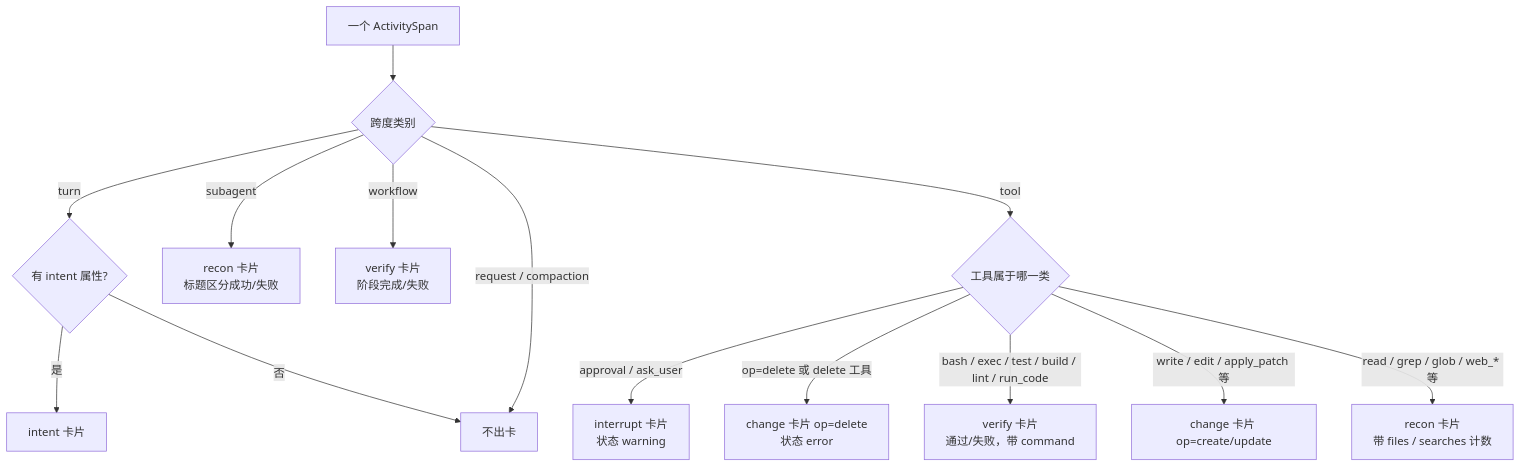
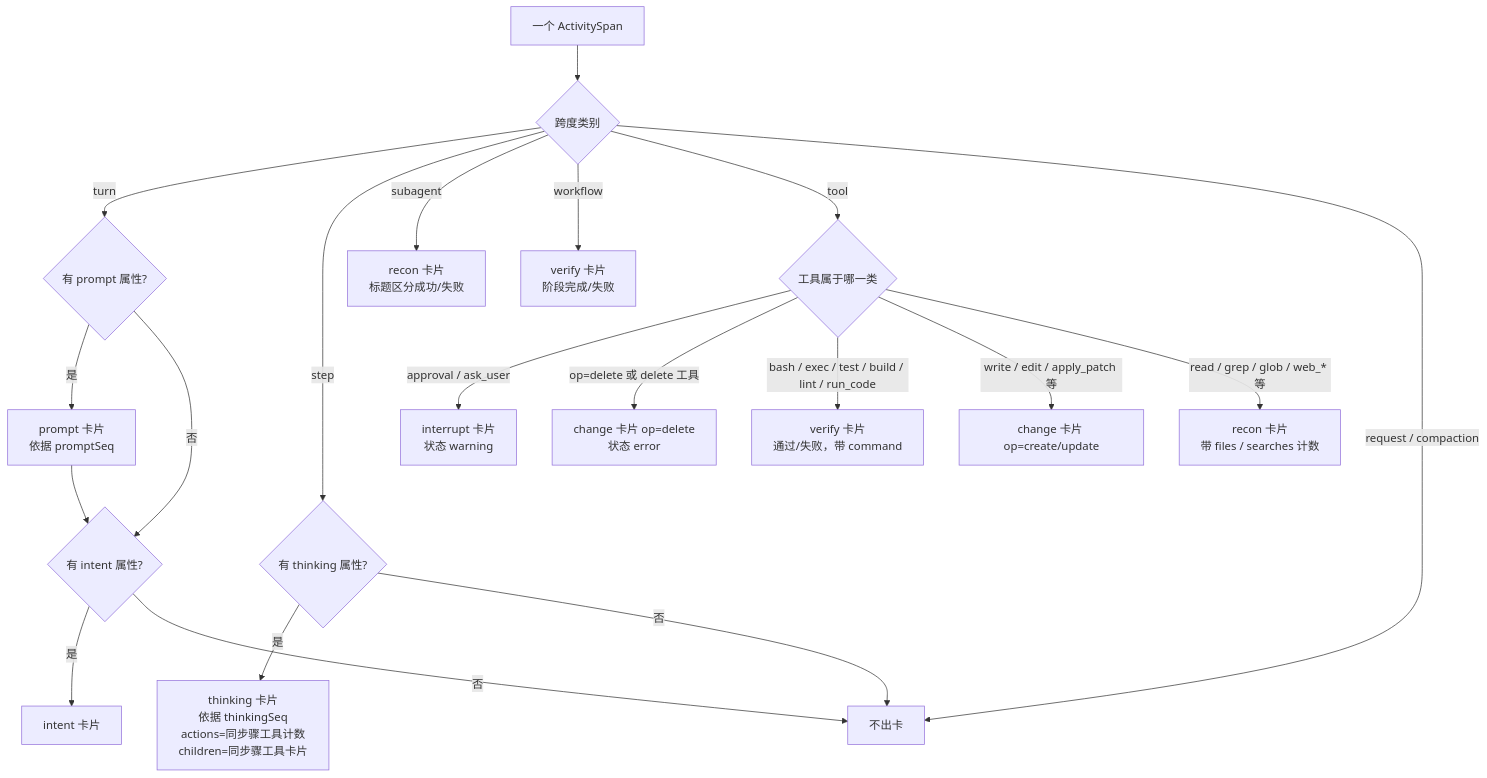
One commit to KeXingJian/deepseek-harness changed the fourth of 10 diagrams in review-workflow.md. Above: the diagram before and after it, drawn with Mermaid. The commit also changed other lines of this file and 31 other files, not shown here.

Commit message:
修复复合卡片不显示问题&添加diff视图

````diff
--- a/review-workflow.md
+++ b/review-workflow.md
@@ -86,17 +89,23 @@
 ```mermaid
 flowchart TD
     S["一个 ActivitySpan"] --> K{"跨度类别"}
-    K -->|turn| I{"有 intent 属性?"}
+    K -->|turn| P{"有 prompt 属性?"}
+    P -->|是| PC["prompt 卡片<br/>依据 promptSeq"]
+    P -->|否| I{"有 intent 属性?"}
+    PC --> I
     I -->|是| IC["intent 卡片"]
     I -->|否| DROP["不出卡"]
+    K -->|step| TH{"有 thinking 属性?"}
+    TH -->|是| TC["thinking 卡片<br/>依据 thinkingSeq<br/>actions=同步骤工具计数<br/>children=同步骤工具卡片"]
+    TH -->|否| DROP
     K -->|subagent| SB["recon 卡片<br/>标题区分成功/失败"]
     K -->|workflow| WF["verify 卡片<br/>阶段完成/失败"]
     K -->|tool| TI{"工具属于哪一类"}
 
     TI -->|"approval / ask_user"| IN["interrupt 卡片<br/>状态 warning"]
     TI -->|"op=delete 或 delete 工具"| DEL["change 卡片 op=delete<br/>状态 error"]
     TI -->|"bash / exec / test / build / lint / run_code"| EX["verify 卡片<br/>通过/失败，带 command"]
     TI -->|"write / edit / apply_patch 等"| WR["change 卡片 op=create/update"]
     TI -->|"read / grep / glob / web_* 等"| RC["recon 卡片<br/>带 files / searches 计数"]
     K -->|"request / compaction"| DROP
 ```
````
